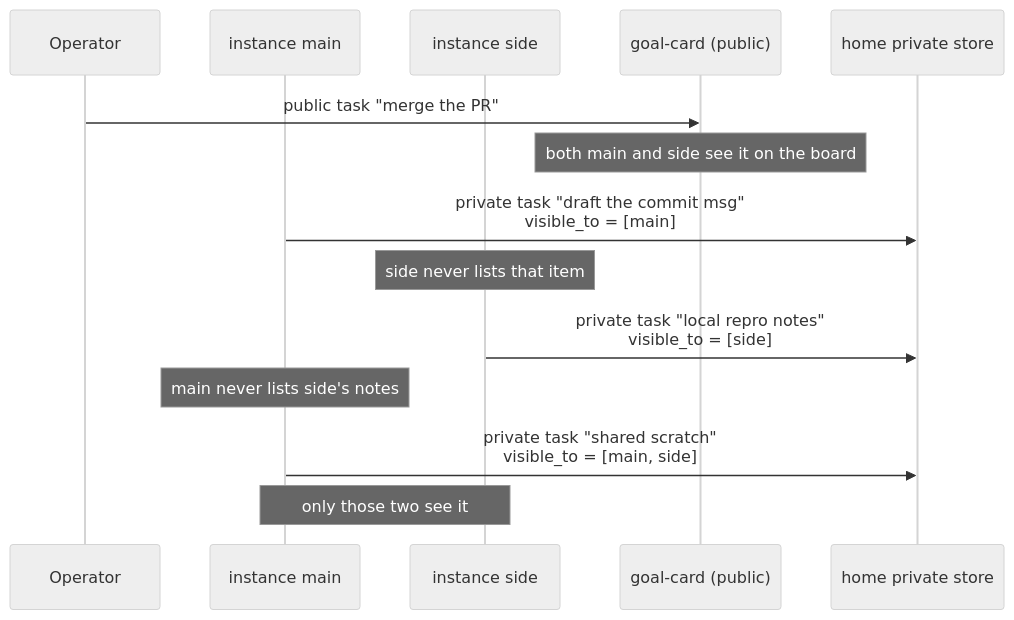
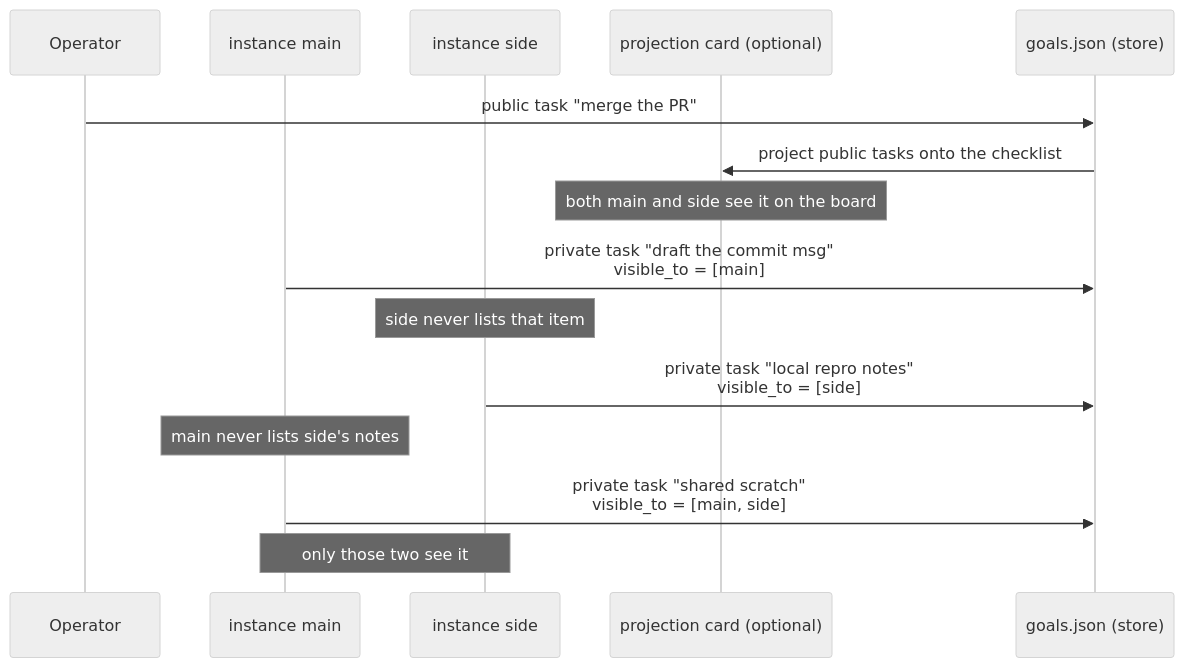
Before and after one commit to maci0/clanker: the tenth of 11 diagrams in docs/rfcs/0001-workspace-room-board-hierarchy.md, drawn with Mermaid (neutral theme). The commit also changed other lines of this file and 1 other file, not shown here.

Commit message:
roadmap, rfc updates

````diff
--- a/docs/rfcs/0001-workspace-room-board-hierarchy.md
+++ b/docs/rfcs/0001-workspace-room-board-hierarchy.md
@@ -817,17 +821,18 @@
 ```mermaid
 sequenceDiagram
     participant Op as Operator
     participant Main as instance main
     participant Side as instance side
-    participant Card as goal-card (public)
-    participant Home as home private store
+    participant Card as projection card (optional)
+    participant Goal as goals.json (store)
 
-    Op->>Card: public task "merge the PR"
+    Op->>Goal: public task "merge the PR"
+    Goal->>Card: project public tasks onto the checklist
     Note over Card: both main and side see it on the board
-    Main->>Home: private task "draft the commit msg"<br/>visible_to = [main]
+    Main->>Goal: private task "draft the commit msg"<br/>visible_to = [main]
     Note over Side: side never lists that item
-    Side->>Home: private task "local repro notes"<br/>visible_to = [side]
+    Side->>Goal: private task "local repro notes"<br/>visible_to = [side]
     Note over Main: main never lists side's notes
-    Main->>Home: private task "shared scratch"<br/>visible_to = [main, side]
+    Main->>Goal: private task "shared scratch"<br/>visible_to = [main, side]
     Note over Main,Side: only those two see it; #general does not
 ```
````
